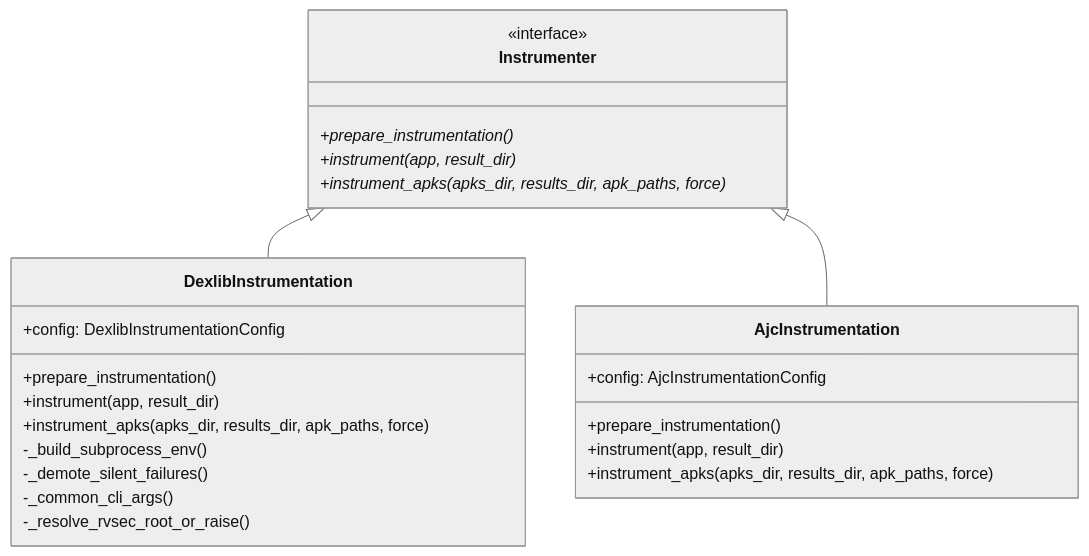
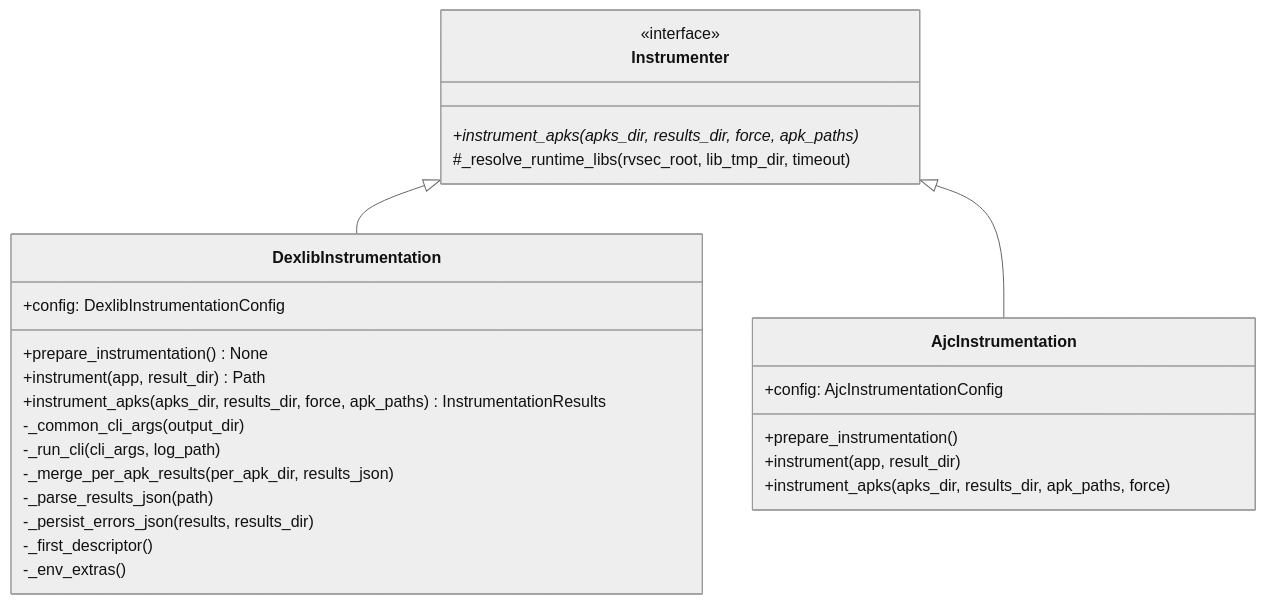
The fourth of 4 diagrams in rv-android/modules/rv-instrumentation-dexlib2/docs/architecture.md (PAMunb/rvsec), drawn with Mermaid before and after one commit. The commit also changed other lines of this file and 23 other files, not shown here.

````diff
--- a/rv-android/modules/rv-instrumentation-dexlib2/docs/architecture.md
+++ b/rv-android/modules/rv-instrumentation-dexlib2/docs/architecture.md
@@ -344,31 +406,33 @@
 ```mermaid
 %%{init: {'theme': 'neutral'}}%%
 classDiagram
     class Instrumenter {
         <<interface>>
-        +prepare_instrumentation()*
-        +instrument(app, result_dir)*
-        +instrument_apks(apks_dir, results_dir, apk_paths, force)*
+        +instrument_apks(apks_dir, results_dir, force, apk_paths)*
+        #_resolve_runtime_libs(rvsec_root, lib_tmp_dir, timeout)
     }
 
     class DexlibInstrumentation {
         +config: DexlibInstrumentationConfig
-        +prepare_instrumentation()
-        +instrument(app, result_dir)
-        +instrument_apks(apks_dir, results_dir, apk_paths, force)
-        -_build_subprocess_env()
-        -_demote_silent_failures()
-        -_common_cli_args()
-        -_resolve_rvsec_root_or_raise()
+        +prepare_instrumentation() None
+        +instrument(app, result_dir) Path
+        +instrument_apks(apks_dir, results_dir, force, apk_paths) InstrumentationResults
+        -_common_cli_args(output_dir)
+        -_run_cli(cli_args, log_path)
+        -_merge_per_apk_results(per_apk_dir, results_json)
+        -_parse_results_json(path)
+        -_persist_errors_json(results, results_dir)
+        -_first_descriptor()
+        -_env_extras()
     }
 
     class AjcInstrumentation {
         +config: AjcInstrumentationConfig
         +prepare_instrumentation()
         +instrument(app, result_dir)
         +instrument_apks(apks_dir, results_dir, apk_paths, force)
     }
 
     Instrumenter <|-- DexlibInstrumentation
     Instrumenter <|-- AjcInstrumentation
 ```
````
